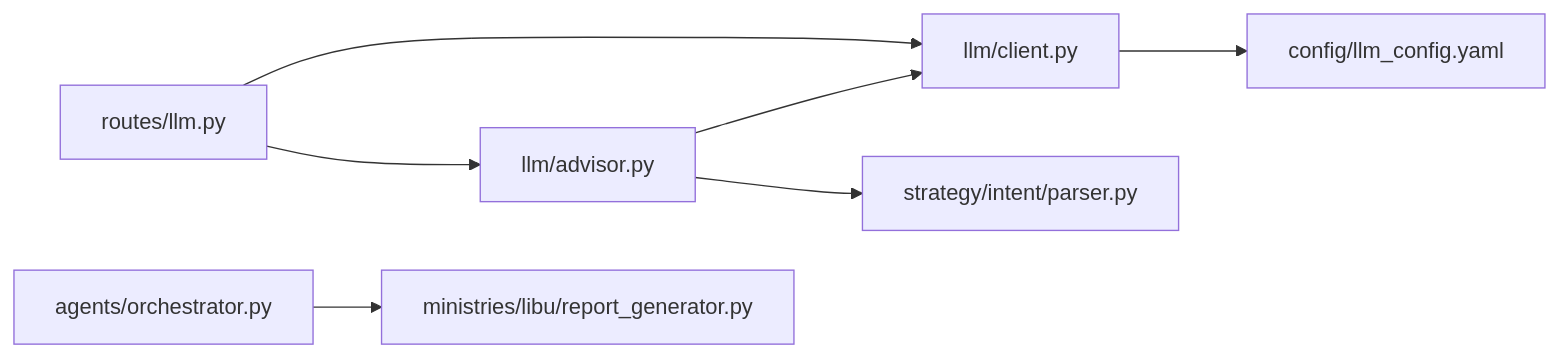
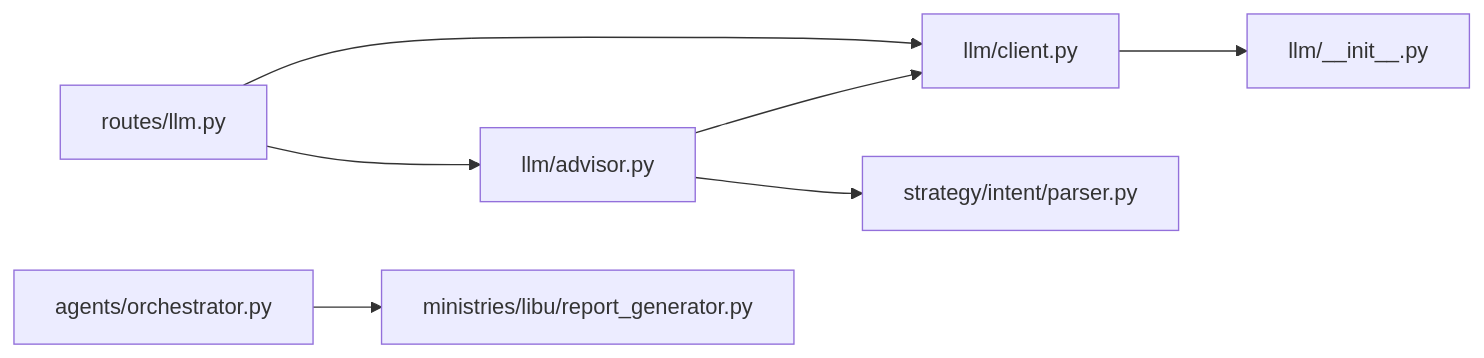
Before and after one commit to Magicer2024/AIQuant: the fifth of 5 diagrams in .qoder/repowiki/zh/content/大语言模型集成.md, drawn with Mermaid. The commit also changed other lines of this file and 62 other files, not shown here.

First line of the commit message:
refactor: migrate modules to 六部 ministries architecture

````diff
--- a/.qoder/repowiki/zh/content/大语言模型集成.md
+++ b/.qoder/repowiki/zh/content/大语言模型集成.md
@@ -315,9 +311,9 @@
 ```mermaid
 graph LR
 ROUTES["routes/llm.py"] --> CLIENT["llm/client.py"]
 ROUTES --> ADVISOR["llm/advisor.py"]
 ADVISOR --> CLIENT
 ADVISOR --> INTENT["strategy/intent/parser.py"]
-CLIENT --> CFG["config/llm_config.yaml"]
+CLIENT --> INIT["llm/__init__.py"]
 ORCH["agents/orchestrator.py"] --> REPORT["ministries/libu/report_generator.py"]
 ```
````
